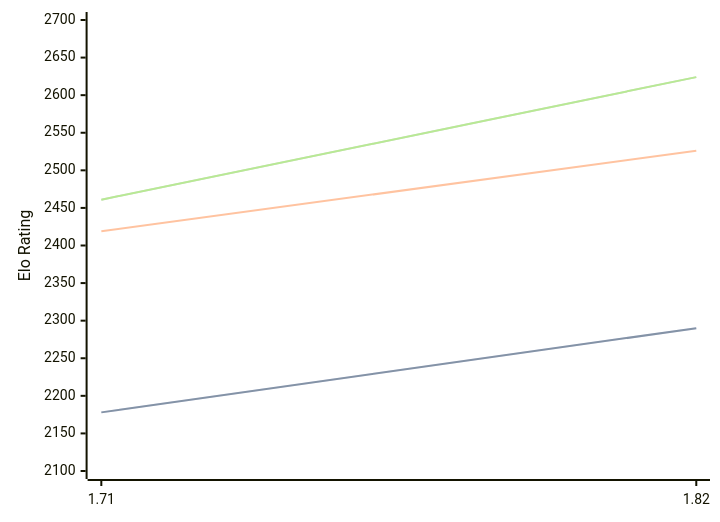
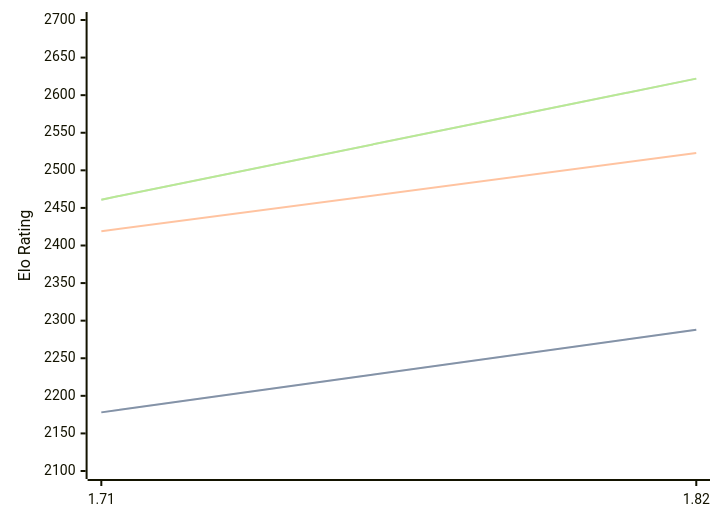
One commit to computer-chess-index/cci changed the diagram in engines/Amira.md. Above: the diagram before and after it, drawn with Mermaid. The commit also changed other lines of this file, not shown here.

Commit message:
Update CCI Ratings (ELO VLTC) - 2026-07-26

````diff
--- a/engines/Amira.md
+++ b/engines/Amira.md
@@ -35,11 +35,11 @@
 ```mermaid
 %%{init: {"theme":"base","themeVariables":{"seriesColors:['#a3a3a3','#222221','#faa371']}}}%%
 xychart-beta
   x-axis ["1.71", "1.82"]
   y-axis "Elo Rating" 2100 --> 2700
-  line "STC (8.0+0.08s)" [2178, 2290]
-  line "STC (8.0+0.08s)" [2178, 2290]
-  line "LTC (60.0+0.60s)" [2419, 2526]
-  line "VLTC (2m24s+1.12s)" [2461, 2624]
-  line "VLTC (2m24s+1.12s)" [2461, 2624]
+  line "STC (8.0+0.08s)" [2178, 2288]
+  line "STC (8.0+0.08s)" [2178, 2288]
+  line "LTC (60.0+0.60s)" [2419, 2523]
+  line "VLTC (2m24s+1.12s)" [2461, 2622]
+  line "VLTC (2m24s+1.12s)" [2461, 2622]
 ```
````
